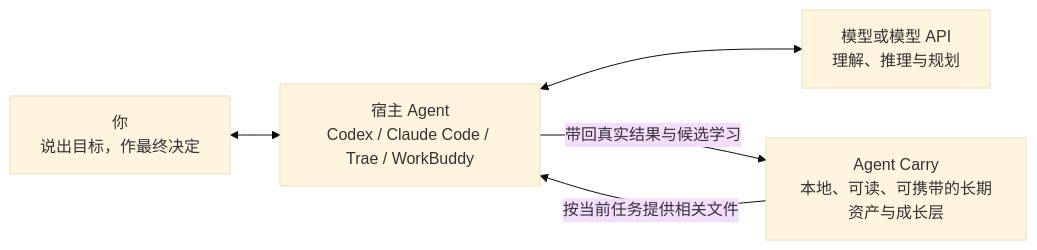
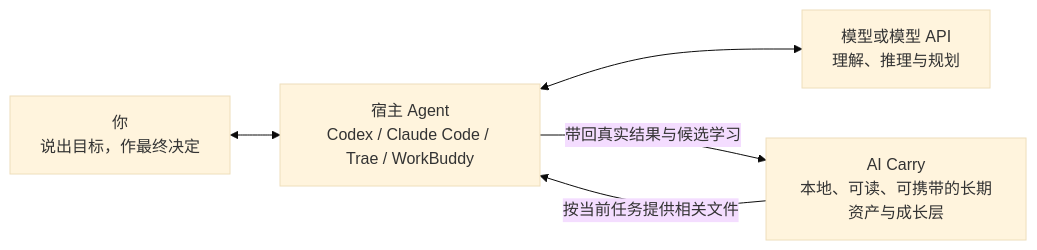
Before and after one commit to Ww-Cooooo/Agent-Carry: the first of 2 diagrams in README.md, drawn with Mermaid (base theme). The commit also changed other lines of this file and 193 other files, not shown here.

````diff
--- a/README.md
+++ b/README.md
@@ -31,7 +31,7 @@
 ```mermaid
 flowchart LR
     U["你<br/>说出目标，作最终决定"] <--> H["宿主 Agent<br/>Codex / Claude Code / Trae / WorkBuddy"]
     H <--> M["模型或模型 API<br/>理解、推理与规划"]
-    C["Agent Carry<br/>本地、可读、可携带的长期资产与成长层"] -->|"按当前任务提供相关文件"| H
+    C["AI Carry<br/>本地、可读、可携带的长期资产与成长层"] -->|"按当前任务提供相关文件"| H
     H -->|"带回真实结果与候选学习"| C
 ```
````
